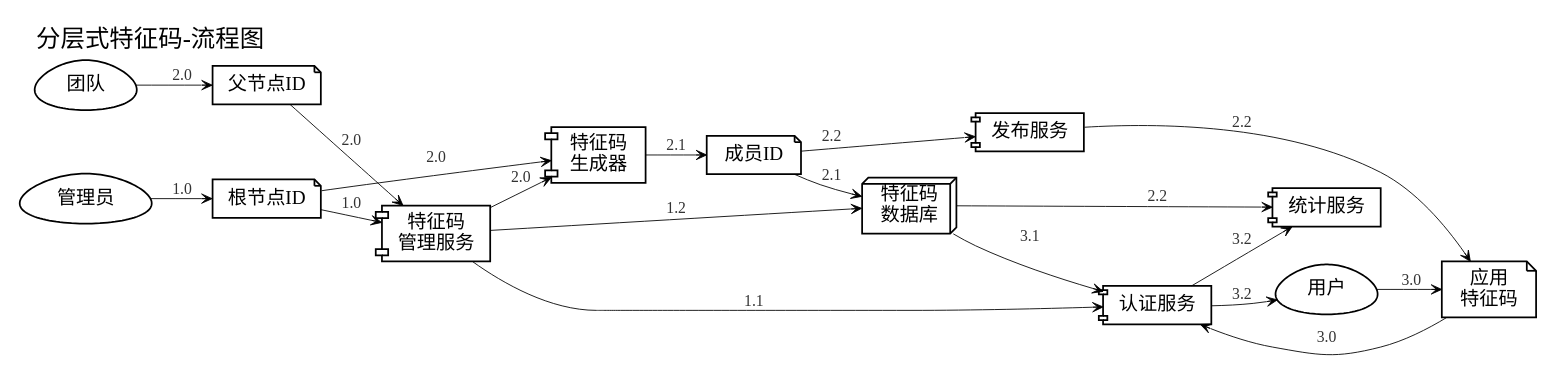
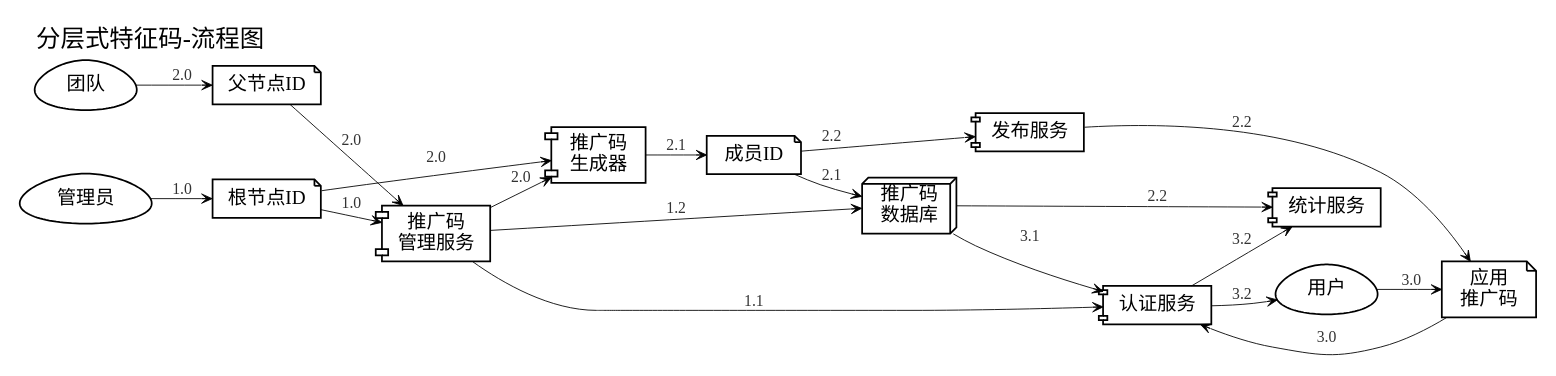
The diagram in dot/drm4k/lb-uuid-levels.dot (ZoomQuiet/zoomquiet.tangle), drawn with Graphviz before and after one commit.

```diff
--- a/dot/drm4k/lb-uuid-levels.dot
+++ b/dot/drm4k/lb-uuid-levels.dot
@@ -1,98 +1,98 @@
     /*生成命令:
 $ fdp -Tpng lb-uuid-levels.dot -o lb-uuid-levels.png
  -Tcmapx -o lb-crx-roles.map
     全局设定
     plaintext
 {{{#!GraphViz dot
     */
 
 digraph G4LBuuidLevels {
     /*全局设定*/
     graph [label="分层式特征码-流程图"
         ,fontsize=14.0
         ,fontname="WenQuanYi Micro Hei"
         ,labeljust="l",labelloc="t",center=1
         ,ranksep=0.3,center=1,ratio=compress
         ,rankdir=LR
         ];
 
     node[fontsize=11.0,height=0.3
         ,fontname="WenQuanYi Micro Hei"
         ,shape=component 
         ];
 
     edge [fontsize=9.0,fontcolor="#333333"
         ,fontname="WenQuanYi Micro Hei"
         ,arrowsize=0.6,arrowhead=vee,arrowtail=none
         ,style="setlinewidth(0.5)"
         ];
 /*
     src [label="源码",shape=ellipse,style="filled,dashed,setlinewidth(5)"
         ,color="#333333",fillcolor=dimgray
         ,URL="http://code.google.com/p/zoomquiet/source/browse/dot/obp/csdndr1-km.dot?repo=tangle"];
     /*图元声明
     start       [label="流程开始/结束",shape=point];
     end         [label="",shape=doublecircle,fillcolor=red];
 
     box         [label="实体/对象",shape=box];
     ellipse     [label="行动/节点",shape=ellipse];
     egg         [label="用户/人物",shape=egg];
     plaintext   [label="状态/属性",shape=plaintext,fillcolor=whitesmoke];
     diamond     [label="判别",shape=diamond];
     note        [label="注释",shape=note];
     tab         [label="目录/模块",shape=tab];
     db          [label="数据库",shape=box3d];
     component   [label="主机/组件",shape=component];
   ,style="rounded,dotted"];
 */
 
     ADMIN [label="管理员",shape=egg];
     TEAM [label="团队",shape=egg];
     USER [label="用户",shape=egg];
 
-    codeSrv [label="特征码\n管理服务",shape=component];
-        codeDB [label="特征码\n数据库",shape=box3d];
+    codeSrv [label="推广码\n管理服务",shape=component];
+        codeDB [label="推广码\n数据库",shape=box3d];
         srvPUB [label="发布服务",shape=component];
         srvAC [label="认证服务",shape=component];
         srvLOG [label="统计服务",shape=component];
 
-    GEN [label="特征码\n生成器",shape=component];
+    GEN [label="推广码\n生成器",shape=component];
         rootID [label="根节点ID",shape=note];
         parentID [label="父节点ID",shape=note];
         selfID [label="成员ID",shape=note];
-        urlID [label="应用\n特征码",shape=note];
+        urlID [label="应用\n推广码",shape=note];
 
     /*图例关系
     browser->srvAC->browser [label="1.0"];
     */
     ADMIN->rootID->codeSrv [label="1.0"];
     codeSrv->srvAC [label="1.1"];
     codeSrv->codeDB [label="1.2"];
 
     TEAM->parentID->codeSrv [label="2.0"];
         {codeSrv rootID}->GEN    [label="2.0"];
         GEN->selfID->codeDB [label="2.1"];
         selfID->srvPUB->urlID [label="2.2"];
         codeDB->srvLOG [label="2.2"];
 
     USER->urlID->srvAC [label="3.0"];
     codeDB->srvAC [label="3.1"];
     srvAC->{srvLOG USER} [label="3.2"];
 /*
 
 
     ADMIN->selfID->USER [label="3.0"];
         USER->srvLOG [label="3.1"];
     { rank=same; AC    srvAC; }
     { rank=same; COMM    commander; }
     { rank=same; DONE   uriStore; }
 
     AC[label="认证准备",shape=plaintext];
     COMM[label="推荐阶段",shape=plaintext];
     DONE[label="完成阶段",shape=plaintext];
     AC->COMM->DONE;
 */
 
     edge [style=invis];
 
 }
```
